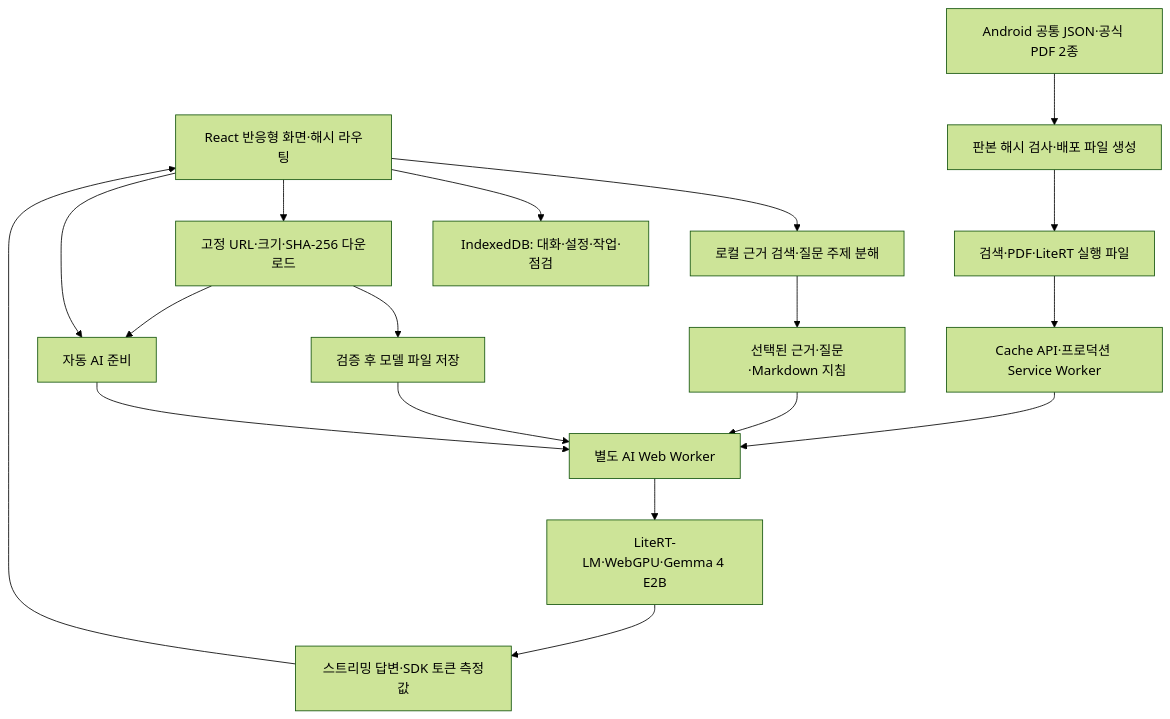
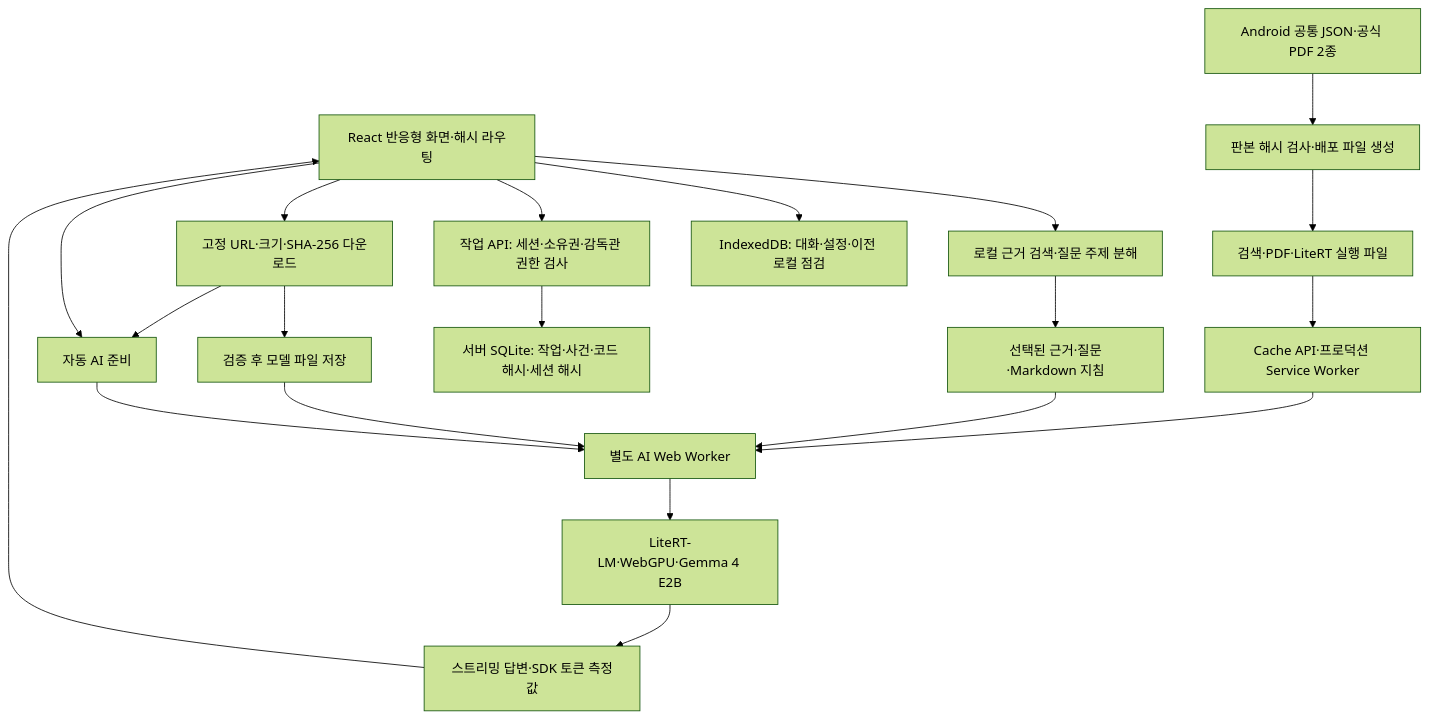
One commit to minyook/HybridTech changed the diagram in docs/webapp/TARGET_ARCHITECTURE.md. Above: the diagram before and after it, drawn with Mermaid (forest theme). The commit also changed other lines of this file and 26 other files, not shown here.

````diff
--- a/docs/webapp/TARGET_ARCHITECTURE.md
+++ b/docs/webapp/TARGET_ARCHITECTURE.md
@@ -18,20 +18,22 @@
 ```mermaid
 flowchart TD
     Browser[React 반응형 화면·해시 라우팅] --> Search[로컬 근거 검색·질문 주제 분해]
     Package[Android 공통 JSON·공식 PDF 2종] --> Prepare[판본 해시 검사·배포 파일 생성]
     Prepare --> Assets[검색·PDF·LiteRT 실행 파일]
     Assets --> Cache[Cache API·프로덕션 Service Worker]
-    Browser --> DB[IndexedDB: 대화·설정·작업·점검]
+    Browser --> DB[IndexedDB: 대화·설정·이전 로컬 점검]
+    Browser --> API[작업 API: 세션·소유권·감독관 권한 검사]
+    API --> WorkDB[서버 SQLite: 작업·사건·코드 해시·세션 해시]
     Browser --> Download[고정 URL·크기·SHA-256 다운로드]
     Download --> OPFS[검증 후 모델 파일 저장]
     Download --> Auto[자동 AI 준비]
     Browser --> Auto
     Auto --> Worker[별도 AI Web Worker]
     OPFS --> Worker
     Cache --> Worker
     Search --> Prompt[선택된 근거·질문·Markdown 지침]
     Prompt --> Worker
     Worker --> SDK[LiteRT-LM·WebGPU·Gemma 4 E2B]
     SDK --> Result[스트리밍 답변·SDK 토큰 측정값]
     Result --> Browser
 ```
````
